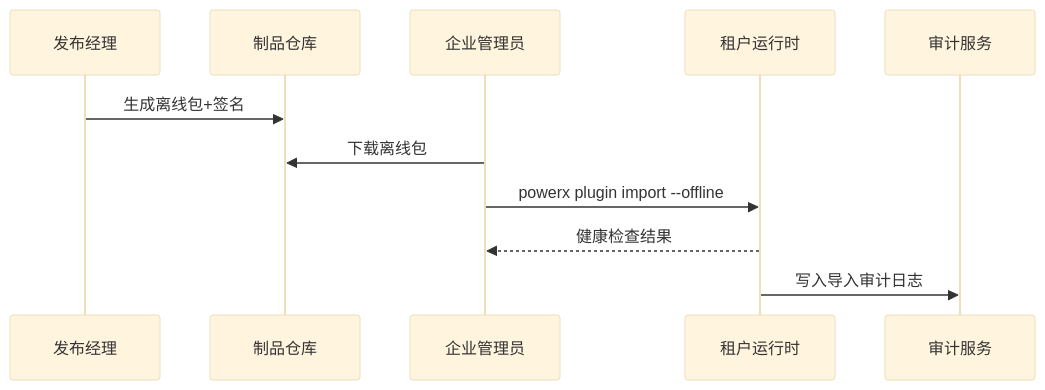
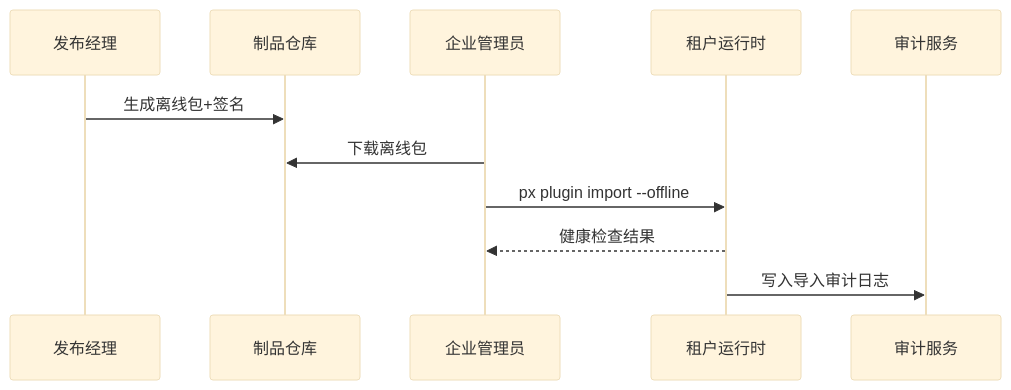
One commit to ArtisanCloud/PowerX changed the diagram in docs/use_cases/_from_hub/SCN-DEV-PLUGIN-PUBLISH-001/SCN-DEV-PLUGIN-OFFLINE-IMPORT-001.md. Above: the diagram before and after it, drawn with Mermaid (base theme). The commit also changed other lines of this file and 64 other files, not shown here.

Commit message:
feat(009-install-plugin-pxp):  Phase 9: Developer Bootstrap & Third-party Import（Priority P0 / US4）

````diff
--- a/docs/use_cases/_from_hub/SCN-DEV-PLUGIN-PUBLISH-001/SCN-DEV-PLUGIN-OFFLINE-IMPORT-001.md
+++ b/docs/use_cases/_from_hub/SCN-DEV-PLUGIN-PUBLISH-001/SCN-DEV-PLUGIN-OFFLINE-IMPORT-001.md
@@ -54,14 +54,14 @@
 ```mermaid
 sequenceDiagram
   participant Ops as 发布经理
   participant Repo as 制品仓库
   participant Admin as 企业管理员
   participant Tenant as 租户运行时
   participant Audit as 审计服务
 
   Ops->>Repo: 生成离线包+签名
   Admin->>Repo: 下载离线包
-  Admin->>Tenant: powerx plugin import --offline
+  Admin->>Tenant: px plugin import --offline
   Tenant-->>Admin: 健康检查结果
   Tenant->>Audit: 写入导入审计日志
 ```
````
